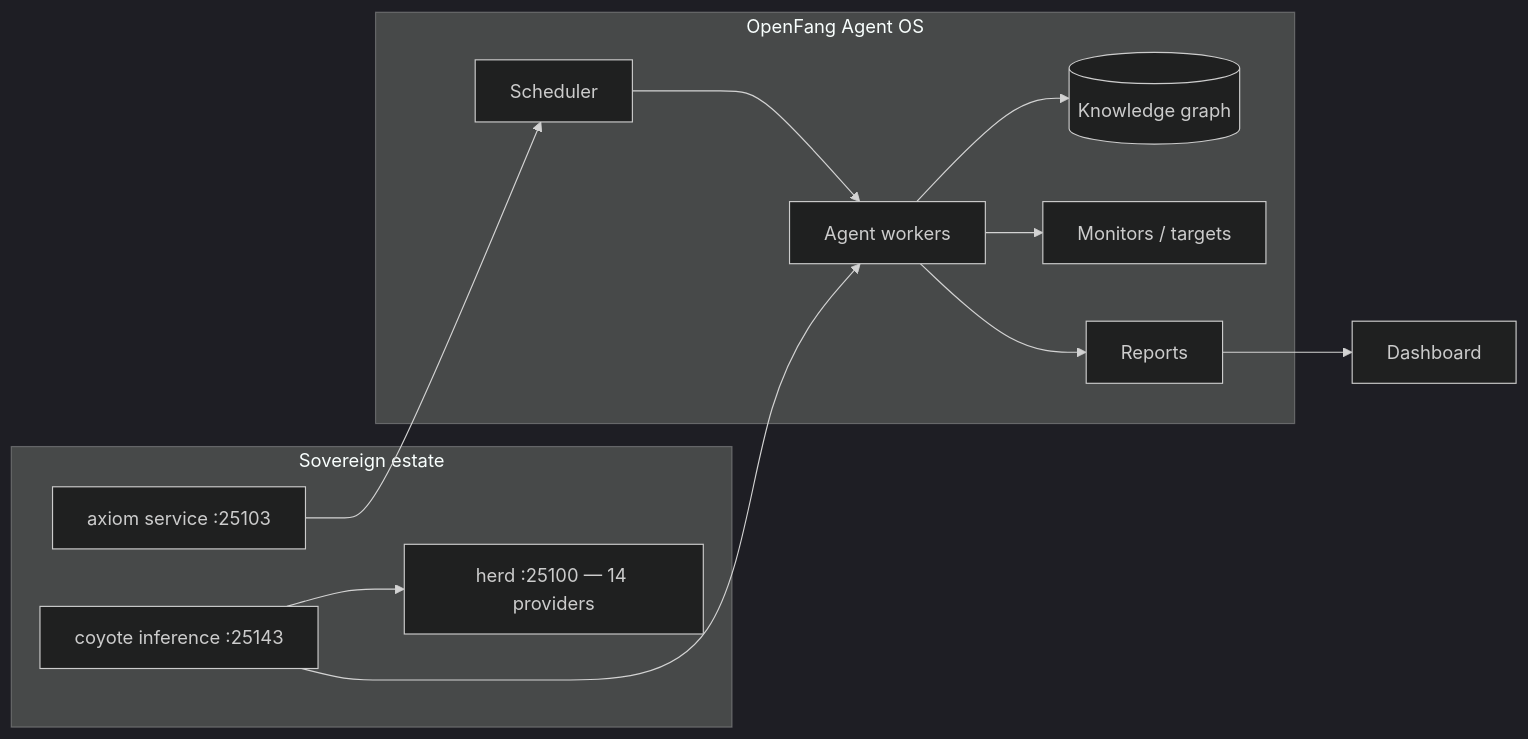
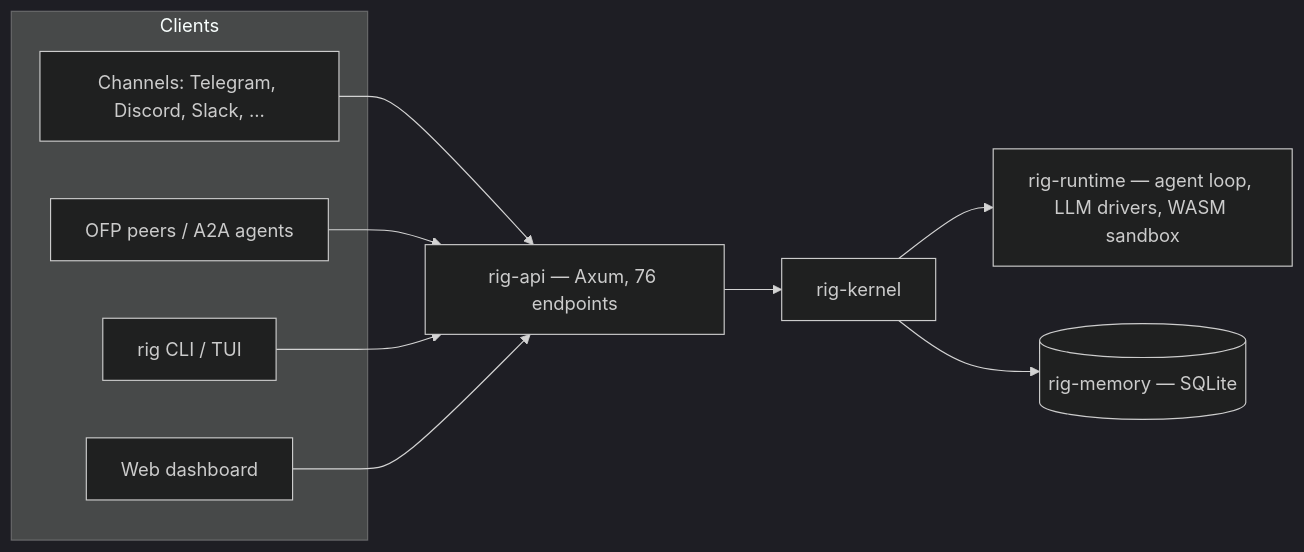
One commit to toxicwind/rig changed the diagram in README.md. Above: the diagram before and after it, drawn with Mermaid (dark theme). The commit also changed other lines of this file, not shown here.

First line of the commit message:
docs: rewrite README — describe rig itself, not the openfang estate-notes dir

````diff
--- a/README.md
+++ b/README.md
@@ -31,18 +33,16 @@
 ```mermaid
 flowchart LR
-    subgraph openfang["OpenFang Agent OS"]
-        A[Scheduler] --> W[Agent workers]
-        W --> K[(Knowledge graph)]
-        W --> M[Monitors / targets]
-        W --> R[Reports]
+    subgraph clients["Clients"]
+        CLI[rig CLI / TUI]
+        DASH[Web dashboard]
+        CH[Channels: Telegram, Discord, Slack, ...]
+        PEERS[OFP peers / A2A agents]
     end
-    subgraph sovereign["Sovereign estate"]
-        S[axiom service :25103]
-        C[coyote inference :25143]
-        H[herd :25100 — 14 providers]
-        C --> H
-    end
-    S --> A
-    C --> W
-    R --> D[Dashboard]
+    API[rig-api — Axum, 76 endpoints] --> K[rig-kernel]
+    K --> RT[rig-runtime — agent loop, LLM drivers, WASM sandbox]
+    K --> MEM[(rig-memory — SQLite)]
+    CH --> API
+    PEERS --> API
+    CLI --> API
+    DASH --> API
 ```
````
